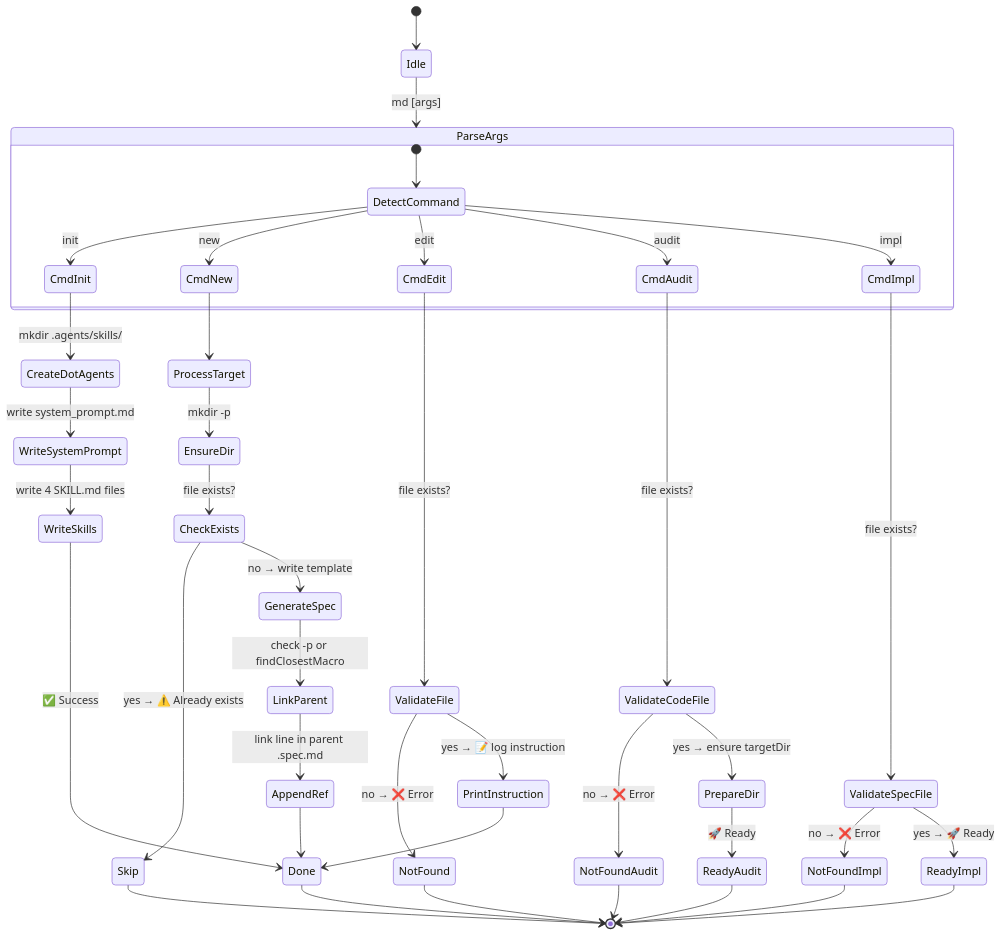
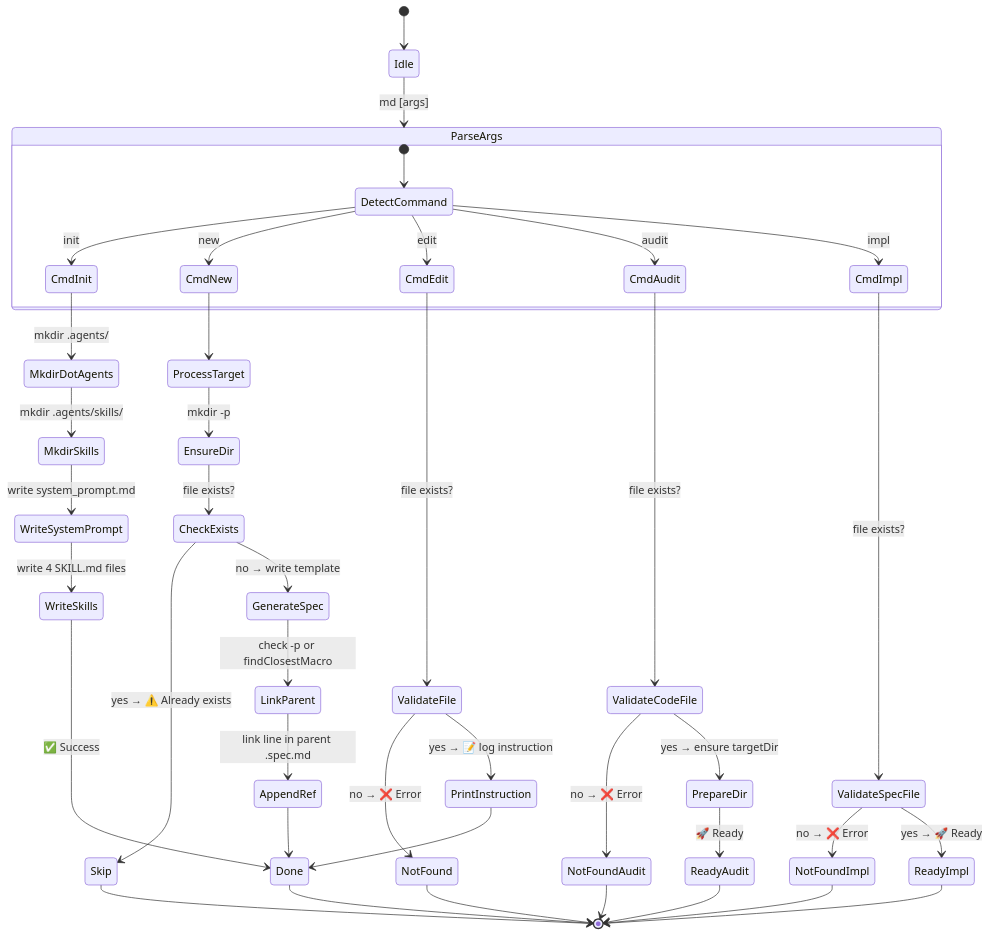
Before and after one commit to JulioCRFilho/mermaid-diagram-driven-development: the first of 2 diagrams in bin/cli.spec.md, drawn with Mermaid. The commit also changed other lines of this file, not shown here.

First line of the commit message:
docs(spec): update CLI spec to v1.2.1 with re-audit of code v1.0.10

````diff
--- a/bin/cli.spec.md
+++ b/bin/cli.spec.md
@@ -5,51 +5,52 @@
 ```mermaid
-%% @spec-version v1.1.0
+%% @spec-version v1.2.1
 stateDiagram-v2
     [*] --> Idle
     Idle --> ParseArgs: md <command> [args]
 
     state ParseArgs {
         [*] --> DetectCommand
         DetectCommand --> CmdInit: init
         DetectCommand --> CmdNew: new <path>
         DetectCommand --> CmdEdit: edit <file> <instruction...>
         DetectCommand --> CmdAudit: audit <file>
         DetectCommand --> CmdImpl: impl <file>
     }
 
-    CmdInit --> CreateDotAgents: mkdir .agents/skills/
-    CreateDotAgents --> WriteSystemPrompt: write system_prompt.md
+    CmdInit --> MkdirDotAgents: mkdir .agents/
+    MkdirDotAgents --> MkdirSkills: mkdir .agents/skills/
+    MkdirSkills --> WriteSystemPrompt: write system_prompt.md
     WriteSystemPrompt --> WriteSkills: write 4 SKILL.md files
     WriteSkills --> Done: ✅ Success
 
     CmdNew --> ProcessTarget
     ProcessTarget --> EnsureDir: mkdir -p <targetPath>
     EnsureDir --> CheckExists: file exists?
     CheckExists --> Skip: yes → ⚠️ Already exists
     CheckExists --> GenerateSpec: no → write template
     GenerateSpec --> LinkParent: check -p or findClosestMacro
     LinkParent --> AppendRef: link line in parent .spec.md
     AppendRef --> Done
 
     CmdEdit --> ValidateFile: file exists?
     ValidateFile --> NotFound: no → ❌ Error
     ValidateFile --> PrintInstruction: yes → 📝 log instruction
     PrintInstruction --> Done
 
     CmdAudit --> ValidateCodeFile: file exists?
     ValidateCodeFile --> NotFoundAudit: no → ❌ Error
     ValidateCodeFile --> PrepareDir: yes → ensure targetDir
     PrepareDir --> ReadyAudit: 🚀 Ready
 
     CmdImpl --> ValidateSpecFile: file exists?
     ValidateSpecFile --> NotFoundImpl: no → ❌ Error
     ValidateSpecFile --> ReadyImpl: yes → 🚀 Ready
 
     Done --> [*]
     Skip --> [*]
     NotFound --> [*]
     NotFoundAudit --> [*]
     NotFoundImpl --> [*]
     ReadyAudit --> [*]
     ReadyImpl --> [*]
 ```
````
